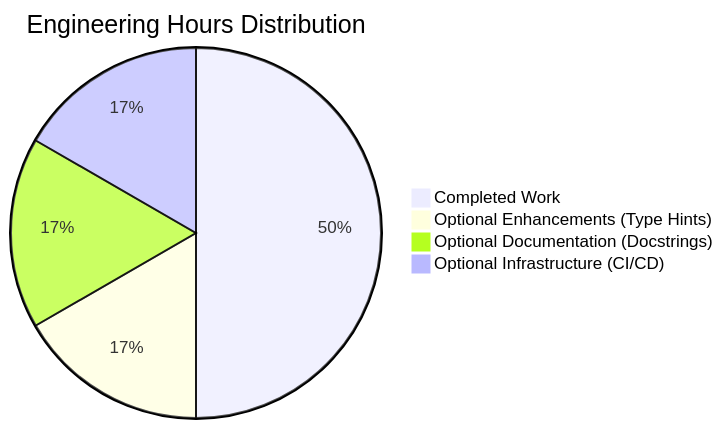
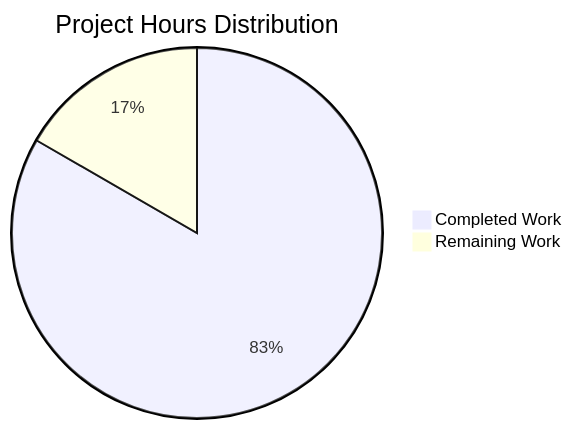
The diagram in blitzy/documentation/Project Guide.md (prasad-blitzy/quick-repo-4), drawn with Mermaid before and after one commit. The commit also changed other lines of this file, not shown here.

Commit message:
Adding Blitzy Project Guide: Project Status and Human Tasks Remaining

````diff
--- a/blitzy/documentation/Project Guide.md
+++ b/blitzy/documentation/Project Guide.md
@@ -178,7 +180,5 @@
 ```mermaid
-pie title Engineering Hours Distribution
-    "Completed Work" : 1.5
-    "Optional Enhancements (Type Hints)" : 0.5
-    "Optional Documentation (Docstrings)" : 0.5
-    "Optional Infrastructure (CI/CD)" : 0.5
+pie title Project Hours Distribution
+    "Completed Work" : 2.5
+    "Remaining Work" : 0.5
 ```
````
